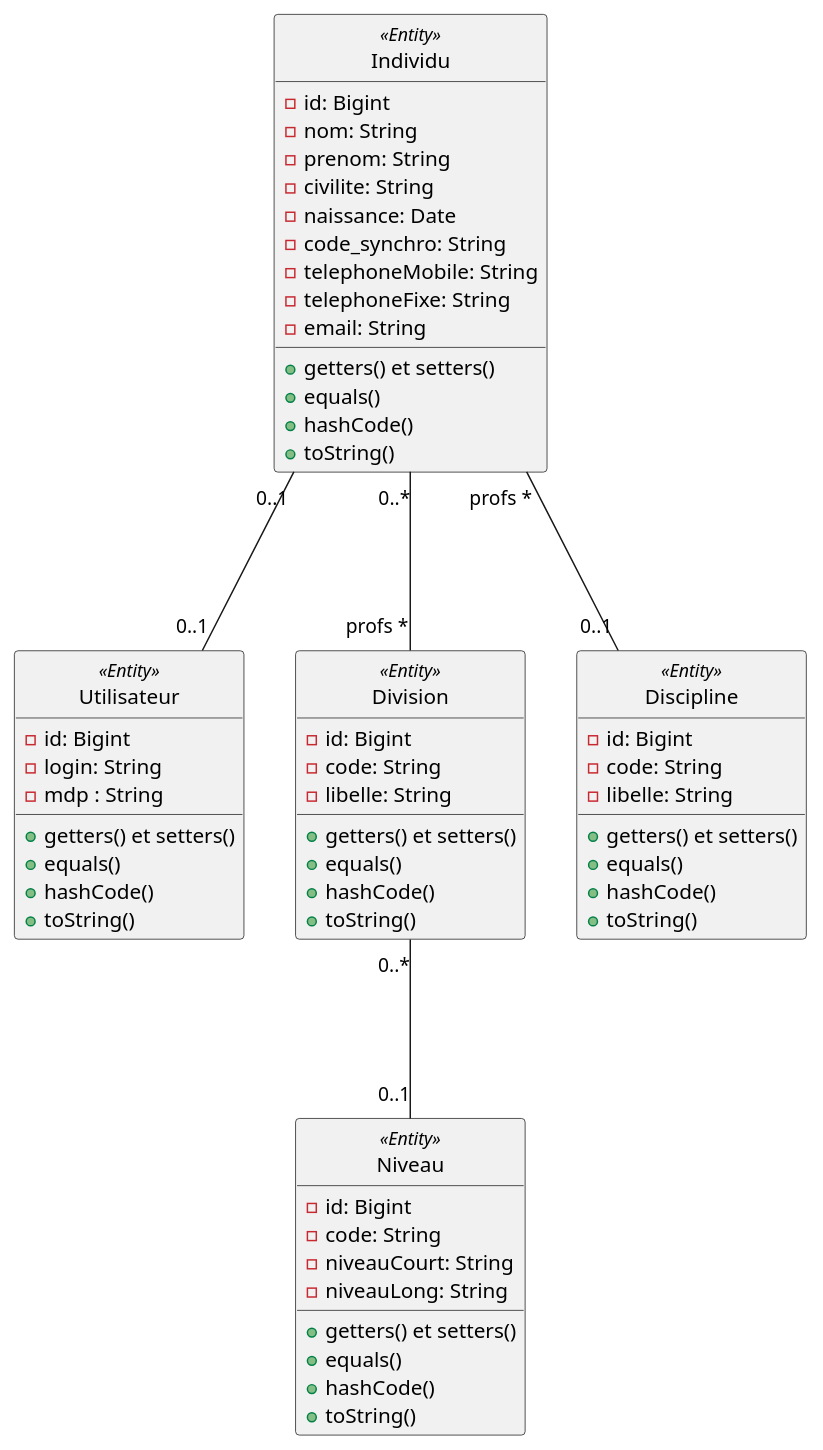
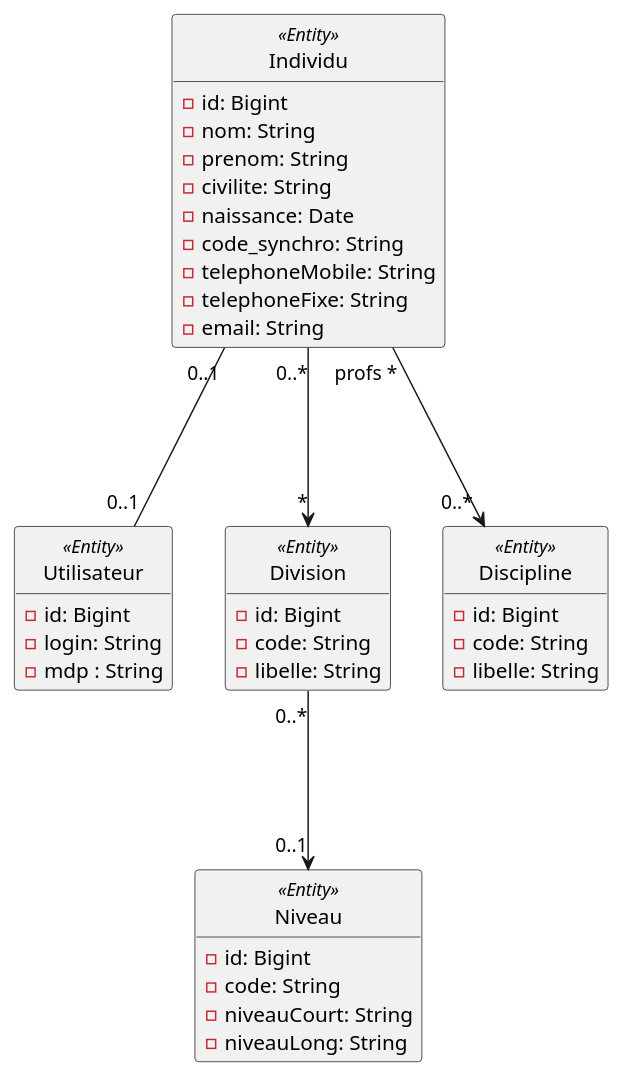
The diagram in src/main/docs/base_pfmp.puml (frederic-v/gestages), drawn with PlantUML before and after one commit. The commit also changed 12 other files, not shown here.

```diff
--- a/src/main/docs/base_pfmp.puml
+++ b/src/main/docs/base_pfmp.puml
@@ -1,67 +1,68 @@
 @startuml
 
 class Individu << Entity >> {
   - id: Bigint
   - nom: String
   - prenom: String
   - civilite: String
   - naissance: Date
   - code_synchro: String
   - telephoneMobile: String
   - telephoneFixe: String
   - email: String
   + getters() et setters()
   + equals()
   + hashCode()
   + toString()
 }
 
 class Utilisateur << Entity >> {
    -id: Bigint
    -login: String
    -mdp : String
    + getters() et setters()
    + equals()
    + hashCode()
    + toString()
 }
 
 class Division << Entity >> {
    - id: Bigint
    - code: String
    - libelle: String
    + getters() et setters()
    + equals()
    + hashCode()
    + toString()
 }
 
 class Niveau << Entity >> {
    - id: Bigint
    - code: String
    - niveauCourt: String
    - niveauLong: String
    + getters() et setters()
    + equals()
    + hashCode()
    + toString()
 }
 
 class Discipline << Entity >> {
    - id: Bigint
    - code: String
    - libelle: String
    + getters() et setters()
    + equals()
    + hashCode()
    + toString()
 }
 
 hide circle
-Individu "0..*" --- "profs *" Division
-Individu " profs *" --- "0..1" Discipline
-Division "0..*" --- "0..1" Niveau
+hide methods
+Individu "0..*" ---> "*" Division
+Individu " profs *" ---> "0..* " Discipline
+Division "0..*" ---> "0..1" Niveau
 Individu "0..1" --- "0..1" Utilisateur
 
 
 @enduml
```
